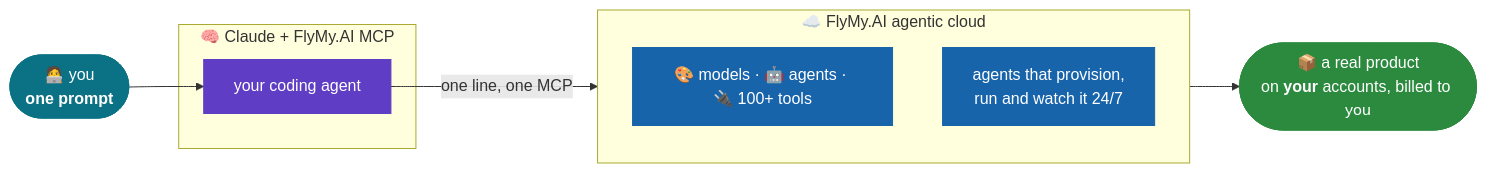
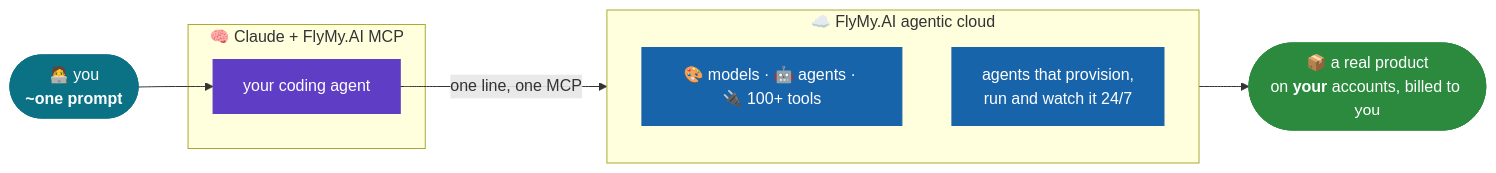
One commit to FlyMyAI/build-with-flymyai changed the diagram in README.md. Above: the diagram before and after it, drawn with Mermaid. The commit also changed other lines of this file, not shown here.

````diff
--- a/README.md
+++ b/README.md
@@ -5,20 +13,20 @@
 ```mermaid
 flowchart LR
-    U(["🧑‍💻 you<br/><b>one prompt</b>"]) --> C
+    U(["🧑‍💻 you<br/><b>~one prompt</b>"]) --> C
     subgraph BRAIN["🧠 Claude + FlyMy.AI MCP"]
         C["your coding agent"]
     end
     C -->|one line, one MCP| CLOUD
     subgraph CLOUD["☁️ FlyMy.AI agentic cloud"]
         direction TB
         M["🎨 models · 🤖 agents · 🔌 100+ tools"]
         A["agents that provision,<br/>run and watch it 24/7"]
     end
     CLOUD --> OUT(["📦 a real product<br/>on <b>your</b> accounts, billed to you"])
 
     classDef you fill:#0b7285,stroke:#0b7285,color:#fff;
     classDef brain fill:#5f3dc4,stroke:#5f3dc4,color:#fff;
     classDef cloud fill:#1864ab,stroke:#1864ab,color:#fff;
     classDef out fill:#2b8a3e,stroke:#2b8a3e,color:#fff;
     class U you; class C brain; class M,A cloud; class OUT out;
 ```
````
